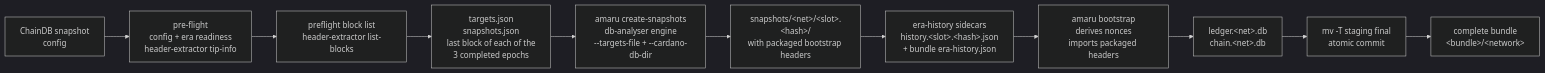
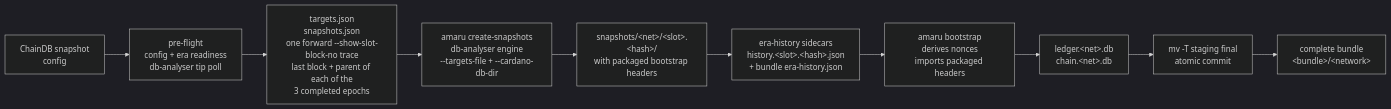
The second of 7 diagrams in docs/architecture.md (lambdasistemi/amaru-bootstrap), drawn with Mermaid (dark theme) before and after one commit. The commit also changed other lines of this file and 6 other files, not shown here.

First line of the commit message:
docs: describe stock db-analyser producer flow

````diff
--- a/docs/architecture.md
+++ b/docs/architecture.md
@@ -44,13 +44,12 @@
 ```mermaid
 flowchart LR
-    mount["ChainDB snapshot\nconfig"] --> preflight["pre-flight\nconfig + era readiness\nheader-extractor tip-info"]
-    preflight --> blocks["preflight block list\nheader-extractor list-blocks"]
-    blocks --> targets["targets.json\nsnapshots.json\nlast block of each of the\n3 completed epochs"]
+    mount["ChainDB snapshot\nconfig"] --> preflight["pre-flight\nconfig + era readiness\ndb-analyser tip poll"]
+    preflight --> targets["targets.json\nsnapshots.json\none forward --show-slot-block-no trace\nlast block + parent of each of the\n3 completed epochs"]
     targets --> snaps["amaru create-snapshots\ndb-analyser engine\n--targets-file + --cardano-db-dir"]
     snaps --> snapdirs["snapshots/&lt;net&gt;/&lt;slot&gt;.&lt;hash&gt;/\nwith packaged bootstrap headers"]
     snapdirs --> sidecars["era-history sidecars\nhistory.&lt;slot&gt;.&lt;hash&gt;.json\n+ bundle era-history.json"]
     sidecars --> boot["amaru bootstrap\nderives nonces\nimports packaged headers"]
     boot --> stores["ledger.&lt;net&gt;.db\nchain.&lt;net&gt;.db"]
     stores --> commit["mv -T staging final\natomic commit"]
     commit --> bundle["complete bundle\n&lt;bundle&gt;/&lt;network&gt;"]
 ```
````
